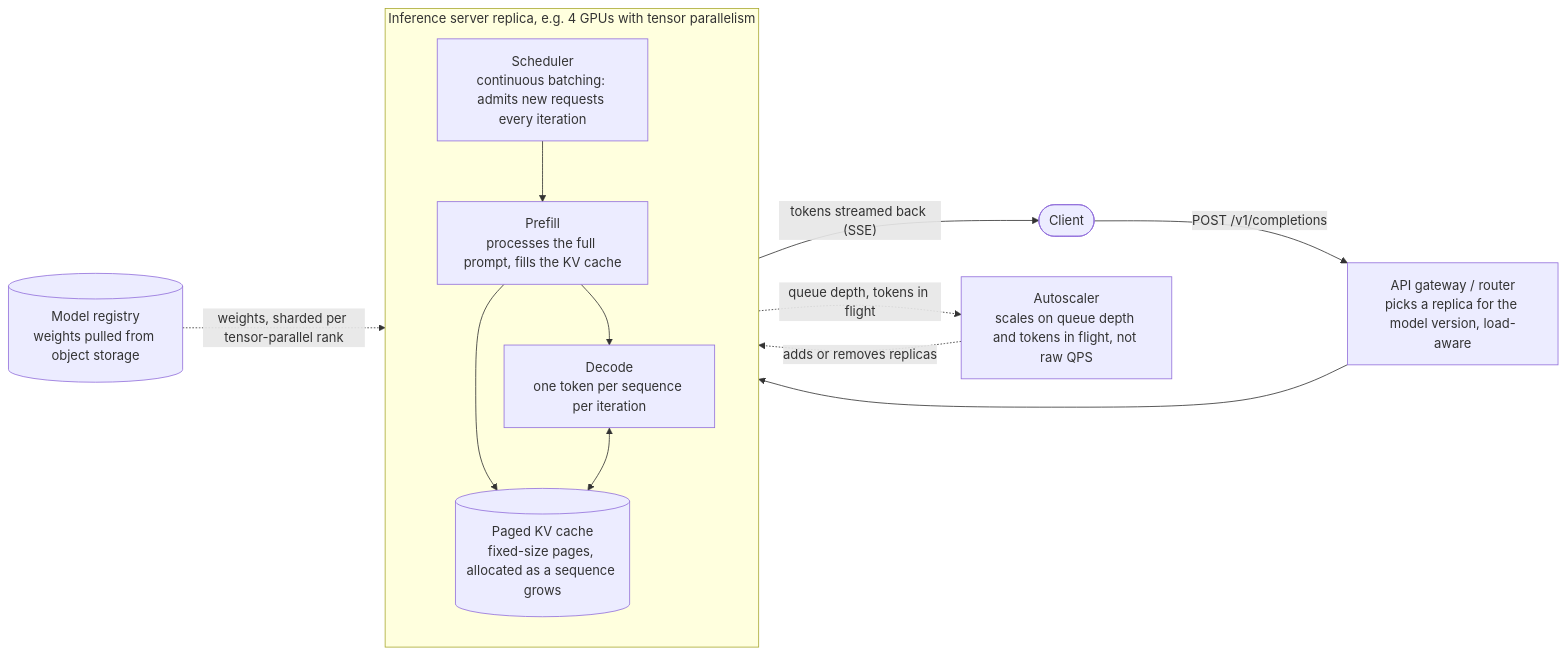
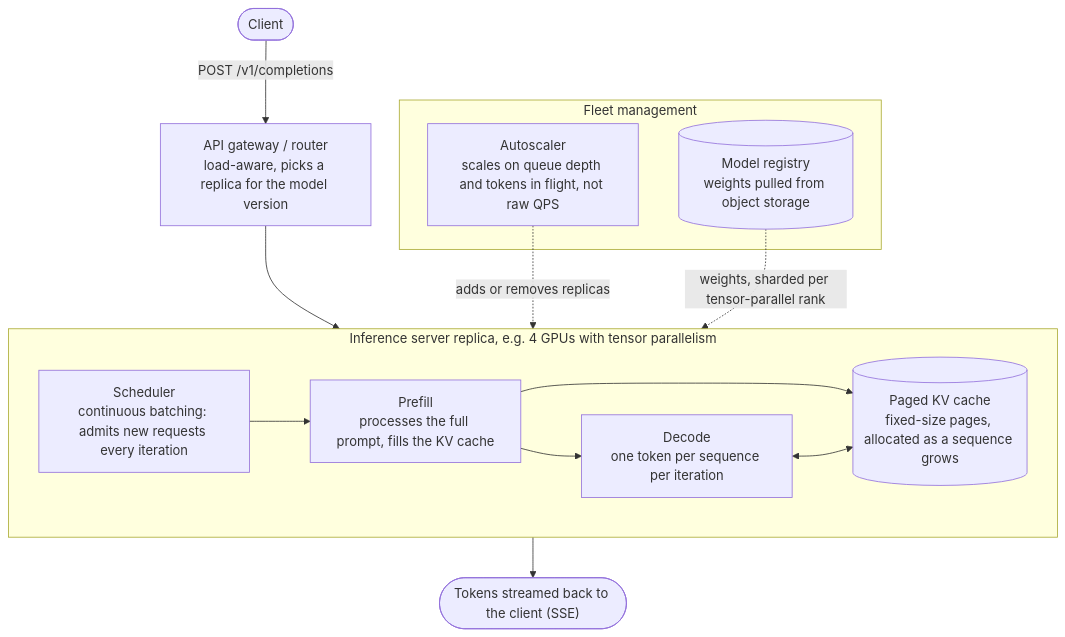
One commit to bhargavchintam/high-level-design changed the second of 2 diagrams in README.md. Above: the diagram before and after it, drawn with Mermaid.

Commit message:
redraw the llm serving diagram top to bottom so it reads at readme width
Same boxes as before, taken from llm-inference-serving.md. The request path now ends in the token stream, as in the doc, and the autoscaler and model registry sit in a fleet-management group.

````diff
--- a/README.md
+++ b/README.md
@@ -37,24 +37,25 @@
 ```mermaid
-flowchart LR
+flowchart TB
     client([Client])
-    router["API gateway / router<br/>picks a replica for the model version, load-aware"]
+    router["API gateway / router<br/>load-aware, picks a replica for the model version"]
     subgraph replica["Inference server replica, e.g. 4 GPUs with tensor parallelism"]
-        direction TB
         sched["Scheduler<br/>continuous batching: admits new requests every iteration"]
         prefill["Prefill<br/>processes the full prompt, fills the KV cache"]
         decode["Decode<br/>one token per sequence per iteration"]
         kv[("Paged KV cache<br/>fixed-size pages, allocated as a sequence grows")]
         sched --> prefill --> decode
         prefill --> kv
         decode <--> kv
     end
-    autoscaler["Autoscaler<br/>scales on queue depth and tokens in flight, not raw QPS"]
-    registry[("Model registry<br/>weights pulled from object storage")]
+    out(["Tokens streamed back to the client (SSE)"])
+    subgraph fleet["Fleet management"]
+        autoscaler["Autoscaler<br/>scales on queue depth and tokens in flight, not raw QPS"]
+        registry[("Model registry<br/>weights pulled from object storage")]
+    end
 
     client -->|"POST /v1/completions"| router
-    router --> sched
-    decode -->|"tokens streamed back (SSE)"| client
-    replica -.->|"queue depth, tokens in flight"| autoscaler
+    router --> replica
+    replica --> out
     autoscaler -.->|"adds or removes replicas"| replica
     registry -.->|"weights, sharded per tensor-parallel rank"| replica
 ```
````
